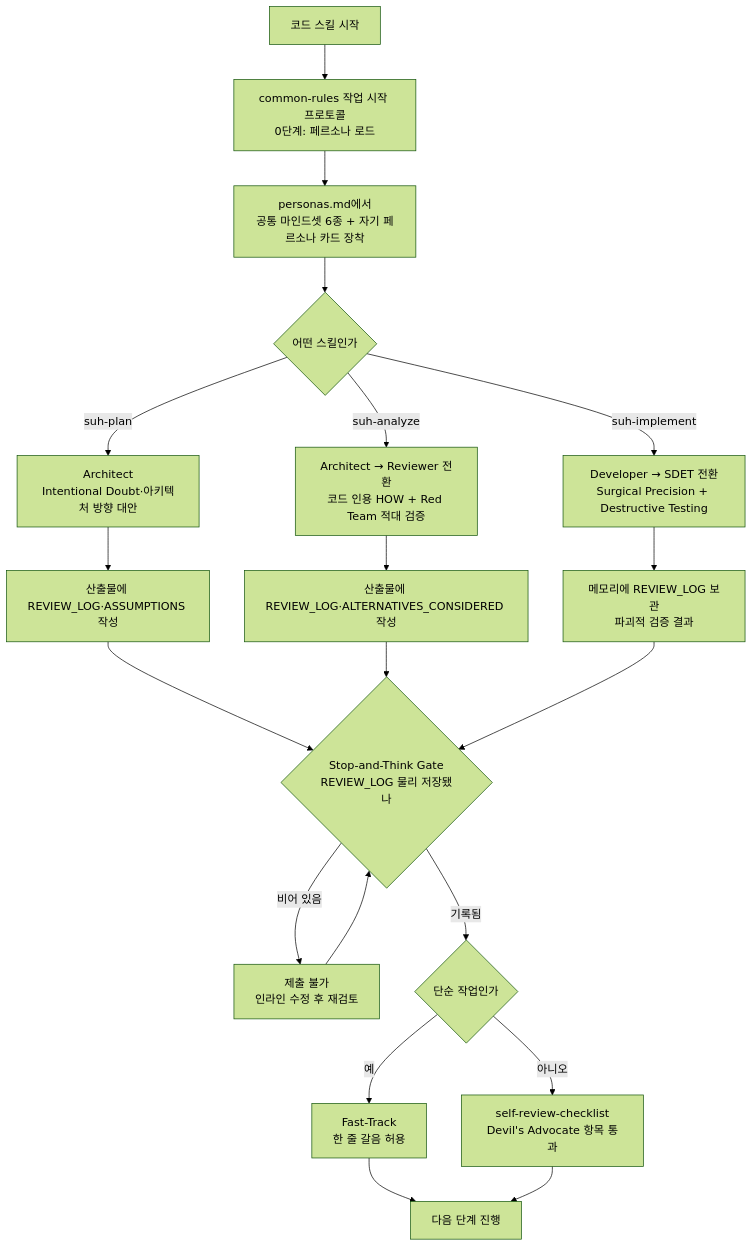
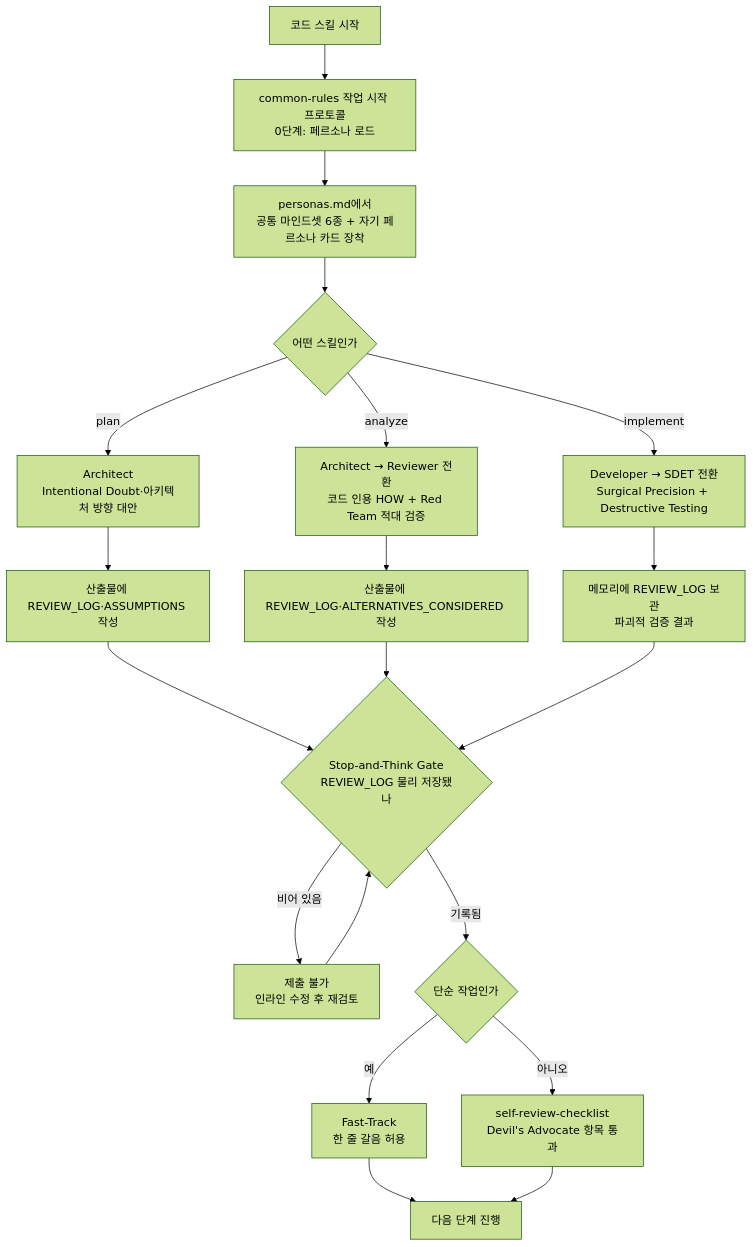
One commit to Cassiiopeia/SUH-DEVOPS-TEMPLATE changed the diagram in docs/projectops/report/20260616_374_suh-plan-analyze-implement_3종스킬_페르소나_시스템_강화.md. Above: the diagram before and after it, drawn with Mermaid (forest theme). The commit also changed other lines of this file and 171 other files, not shown here.

````diff
--- a/docs/projectops/report/20260616_374_suh-plan-analyze-implement_3종스킬_페르소나_시스템_강화.md
+++ b/docs/projectops/report/20260616_374_suh-plan-analyze-implement_3종스킬_페르소나_시스템_강화.md
@@ -37,22 +37,22 @@
 ```mermaid
 flowchart TD
     A[코드 스킬 시작] --> B[common-rules 작업 시작 프로토콜<br/>0단계: 페르소나 로드]
     B --> C[personas.md에서<br/>공통 마인드셋 6종 + 자기 페르소나 카드 장착]
     C --> D{어떤 스킬인가}
-    D -->|suh-plan| E[Architect<br/>Intentional Doubt·아키텍처 방향 대안]
-    D -->|suh-analyze| F[Architect → Reviewer 전환<br/>코드 인용 HOW + Red Team 적대 검증]
-    D -->|suh-implement| G[Developer → SDET 전환<br/>Surgical Precision + Destructive Testing]
+    D -->|plan| E[Architect<br/>Intentional Doubt·아키텍처 방향 대안]
+    D -->|analyze| F[Architect → Reviewer 전환<br/>코드 인용 HOW + Red Team 적대 검증]
+    D -->|implement| G[Developer → SDET 전환<br/>Surgical Precision + Destructive Testing]
     E --> H[산출물에 REVIEW_LOG·ASSUMPTIONS 작성]
     F --> I[산출물에 REVIEW_LOG·ALTERNATIVES_CONSIDERED 작성]
     G --> J[메모리에 REVIEW_LOG 보관<br/>파괴적 검증 결과]
     H --> K{Stop-and-Think Gate<br/>REVIEW_LOG 물리 저장됐나}
     I --> K
     J --> K
     K -->|비어 있음| L[제출 불가<br/>인라인 수정 후 재검토]
     K -->|기록됨| M{단순 작업인가}
     M -->|예| N[Fast-Track<br/>한 줄 갈음 허용]
     M -->|아니오| O[self-review-checklist<br/>Devil's Advocate 항목 통과]
     L --> K
     N --> P[다음 단계 진행]
     O --> P
 ```
````
